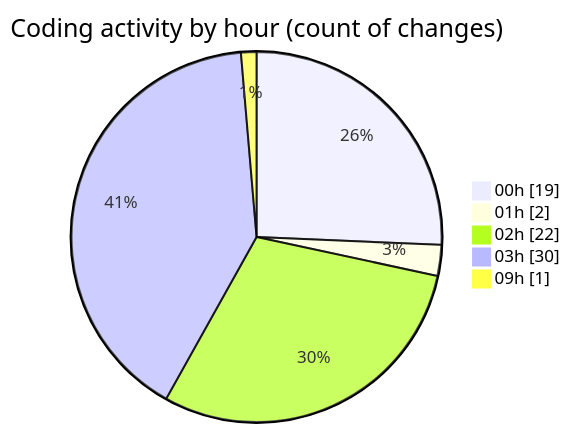
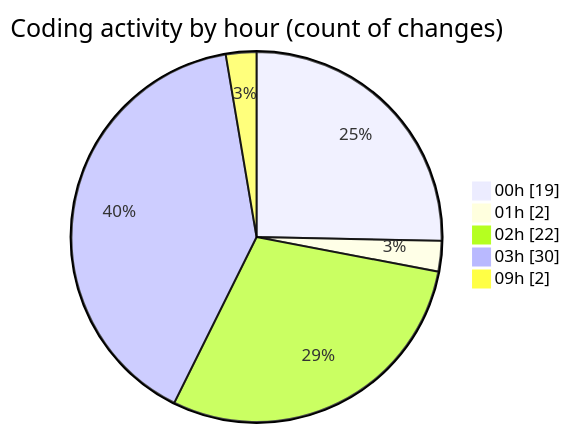
One commit to julien-gomy/code-tracking changed the second of 2 diagrams in 2025-10-21/eventscop-frontend-guide__workspace_/README.md. Above: the diagram before and after it, drawn with Mermaid. The commit also changed other lines of this file and 1 other file, not shown here.

````diff
--- a/2025-10-21/eventscop-frontend-guide__workspace_/README.md
+++ b/2025-10-21/eventscop-frontend-guide__workspace_/README.md
@@ -47,9 +47,9 @@
 ```mermaid
 pie showData
 title Coding activity by hour (count of changes)
 "00h" : 19
 "01h" : 2
 "02h" : 22
 "03h" : 30
-"09h" : 1
+"09h" : 2
 ```
````
